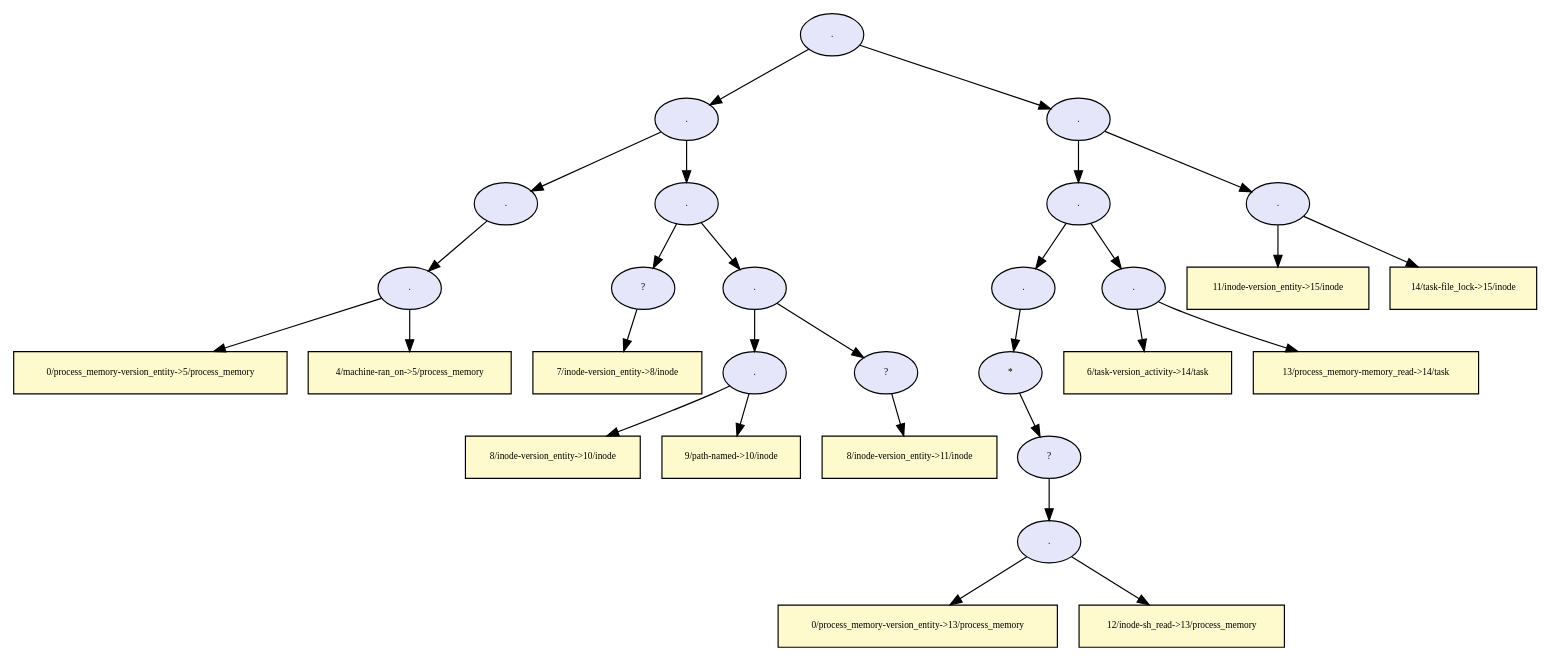
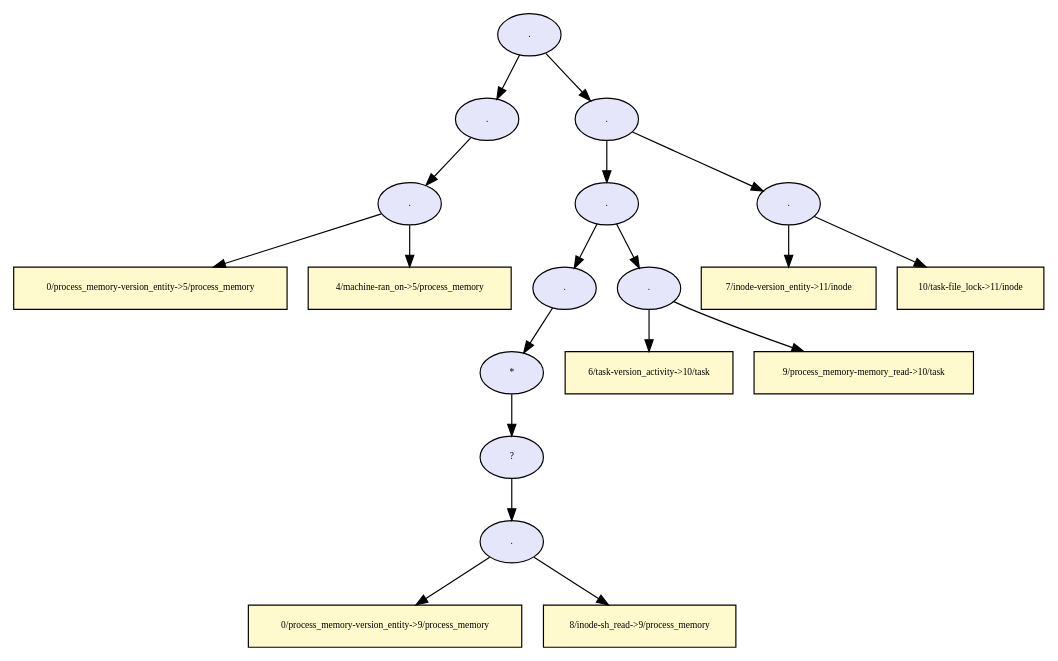
The diagram in dot/provenance_file_lock_tree.dot (TinkerBellSystem/graph-matching), drawn with Graphviz before and after one commit. The commit also changed 5 other files, not shown here.

```diff
--- a/dot/provenance_file_lock_tree.dot
+++ b/dot/provenance_file_lock_tree.dot
@@ -1,115 +1,75 @@
-digraph RGL__DirectedAdjacencyGraph {31[fontsize = 8,label = ".",shape = ellipse, fillcolor="#e6e6fa", style = filled]
+digraph RGL__DirectedAdjacencyGraph {21[fontsize = 8,label = ".",shape = ellipse, fillcolor="#e6e6fa", style = filled]
 
-31 -> 16[fontsize = 8, color="#000000"]
-
-16[fontsize = 8,label = ".",shape = ellipse, fillcolor="#e6e6fa", style = filled]
-
-16 -> 6[fontsize = 8, color="#000000"]
+21 -> 6[fontsize = 8, color="#000000"]
 
 6[fontsize = 8,label = ".",shape = ellipse, fillcolor="#e6e6fa", style = filled]
 
 6 -> 5[fontsize = 8, color="#000000"]
 
 5[fontsize = 8,label = ".",shape = ellipse, fillcolor="#e6e6fa", style = filled]
 
 5 -> 3[fontsize = 8, color="#000000"]
 
 3[fontsize = 8,label = "0/process_memory-version_entity->5/process_memory",shape = rectangle, fillcolor="#fffacd", style = filled]
 
 5 -> 4[fontsize = 8, color="#000000"]
 
 4[fontsize = 8,label = "4/machine-ran_on->5/process_memory",shape = rectangle, fillcolor="#fffacd", style = filled]
 
+21 -> 20[fontsize = 8, color="#000000"]
+
+20[fontsize = 8,label = ".",shape = ellipse, fillcolor="#e6e6fa", style = filled]
+
+20 -> 16[fontsize = 8, color="#000000"]
+
+16[fontsize = 8,label = ".",shape = ellipse, fillcolor="#e6e6fa", style = filled]
+
+16 -> 12[fontsize = 8, color="#000000"]
+
+12[fontsize = 8,label = ".",shape = ellipse, fillcolor="#e6e6fa", style = filled]
+
+12 -> 11[fontsize = 8, color="#000000"]
+
+11[fontsize = 8,label = "*",shape = ellipse, fillcolor="#e6e6fa", style = filled]
+
+11 -> 10[fontsize = 8, color="#000000"]
+
+10[fontsize = 8,label = "?",shape = ellipse, fillcolor="#e6e6fa", style = filled]
+
+10 -> 9[fontsize = 8, color="#000000"]
+
+9[fontsize = 8,label = ".",shape = ellipse, fillcolor="#e6e6fa", style = filled]
+
+9 -> 7[fontsize = 8, color="#000000"]
+
+7[fontsize = 8,label = "0/process_memory-version_entity->9/process_memory",shape = rectangle, fillcolor="#fffacd", style = filled]
+
+9 -> 8[fontsize = 8, color="#000000"]
+
+8[fontsize = 8,label = "8/inode-sh_read->9/process_memory",shape = rectangle, fillcolor="#fffacd", style = filled]
+
 16 -> 15[fontsize = 8, color="#000000"]
 
 15[fontsize = 8,label = ".",shape = ellipse, fillcolor="#e6e6fa", style = filled]
 
-15 -> 8[fontsize = 8, color="#000000"]
+15 -> 13[fontsize = 8, color="#000000"]
 
-8[fontsize = 8,label = "?",shape = ellipse, fillcolor="#e6e6fa", style = filled]
-
-8 -> 7[fontsize = 8, color="#000000"]
-
-7[fontsize = 8,label = "7/inode-version_entity->8/inode",shape = rectangle, fillcolor="#fffacd", style = filled]
+13[fontsize = 8,label = "6/task-version_activity->10/task",shape = rectangle, fillcolor="#fffacd", style = filled]
 
 15 -> 14[fontsize = 8, color="#000000"]
 
-14[fontsize = 8,label = ".",shape = ellipse, fillcolor="#e6e6fa", style = filled]
-
-14 -> 11[fontsize = 8, color="#000000"]
-
-11[fontsize = 8,label = ".",shape = ellipse, fillcolor="#e6e6fa", style = filled]
-
-11 -> 9[fontsize = 8, color="#000000"]
-
-9[fontsize = 8,label = "8/inode-version_entity->10/inode",shape = rectangle, fillcolor="#fffacd", style = filled]
-
-11 -> 10[fontsize = 8, color="#000000"]
-
-10[fontsize = 8,label = "9/path-named->10/inode",shape = rectangle, fillcolor="#fffacd", style = filled]
-
-14 -> 13[fontsize = 8, color="#000000"]
-
-13[fontsize = 8,label = "?",shape = ellipse, fillcolor="#e6e6fa", style = filled]
-
-13 -> 12[fontsize = 8, color="#000000"]
-
-12[fontsize = 8,label = "8/inode-version_entity->11/inode",shape = rectangle, fillcolor="#fffacd", style = filled]
-
-31 -> 30[fontsize = 8, color="#000000"]
-
-30[fontsize = 8,label = ".",shape = ellipse, fillcolor="#e6e6fa", style = filled]
-
-30 -> 26[fontsize = 8, color="#000000"]
-
-26[fontsize = 8,label = ".",shape = ellipse, fillcolor="#e6e6fa", style = filled]
-
-26 -> 22[fontsize = 8, color="#000000"]
-
-22[fontsize = 8,label = ".",shape = ellipse, fillcolor="#e6e6fa", style = filled]
-
-22 -> 21[fontsize = 8, color="#000000"]
-
-21[fontsize = 8,label = "*",shape = ellipse, fillcolor="#e6e6fa", style = filled]
-
-21 -> 20[fontsize = 8, color="#000000"]
-
-20[fontsize = 8,label = "?",shape = ellipse, fillcolor="#e6e6fa", style = filled]
+14[fontsize = 8,label = "9/process_memory-memory_read->10/task",shape = rectangle, fillcolor="#fffacd", style = filled]
 
 20 -> 19[fontsize = 8, color="#000000"]
 
 19[fontsize = 8,label = ".",shape = ellipse, fillcolor="#e6e6fa", style = filled]
 
 19 -> 17[fontsize = 8, color="#000000"]
 
-17[fontsize = 8,label = "0/process_memory-version_entity->13/process_memory",shape = rectangle, fillcolor="#fffacd", style = filled]
+17[fontsize = 8,label = "7/inode-version_entity->11/inode",shape = rectangle, fillcolor="#fffacd", style = filled]
 
 19 -> 18[fontsize = 8, color="#000000"]
 
-18[fontsize = 8,label = "12/inode-sh_read->13/process_memory",shape = rectangle, fillcolor="#fffacd", style = filled]
-
-26 -> 25[fontsize = 8, color="#000000"]
-
-25[fontsize = 8,label = ".",shape = ellipse, fillcolor="#e6e6fa", style = filled]
-
-25 -> 23[fontsize = 8, color="#000000"]
-
-23[fontsize = 8,label = "6/task-version_activity->14/task",shape = rectangle, fillcolor="#fffacd", style = filled]
-
-25 -> 24[fontsize = 8, color="#000000"]
-
-24[fontsize = 8,label = "13/process_memory-memory_read->14/task",shape = rectangle, fillcolor="#fffacd", style = filled]
-
-30 -> 29[fontsize = 8, color="#000000"]
-
-29[fontsize = 8,label = ".",shape = ellipse, fillcolor="#e6e6fa", style = filled]
-
-29 -> 27[fontsize = 8, color="#000000"]
-
-27[fontsize = 8,label = "11/inode-version_entity->15/inode",shape = rectangle, fillcolor="#fffacd", style = filled]
-
-29 -> 28[fontsize = 8, color="#000000"]
-
-28[fontsize = 8,label = "14/task-file_lock->15/inode",shape = rectangle, fillcolor="#fffacd", style = filled]
+18[fontsize = 8,label = "10/task-file_lock->11/inode",shape = rectangle, fillcolor="#fffacd", style = filled]
 
 }
```
